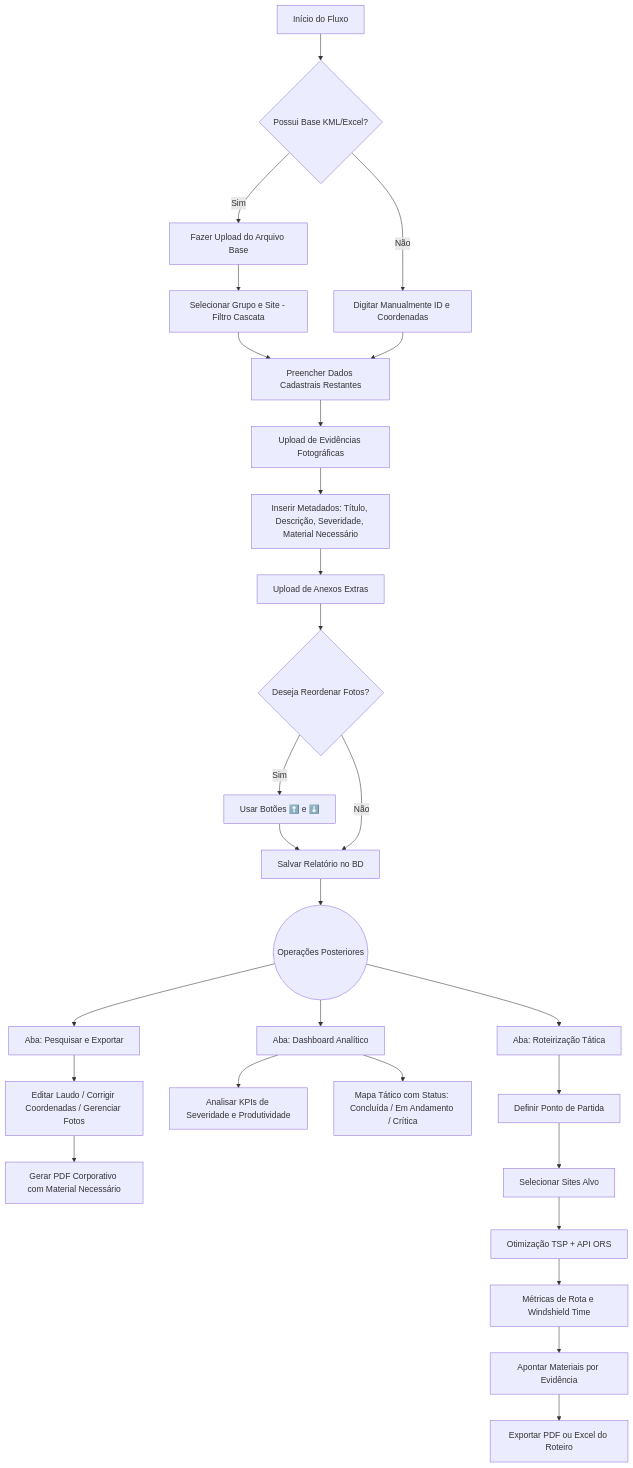
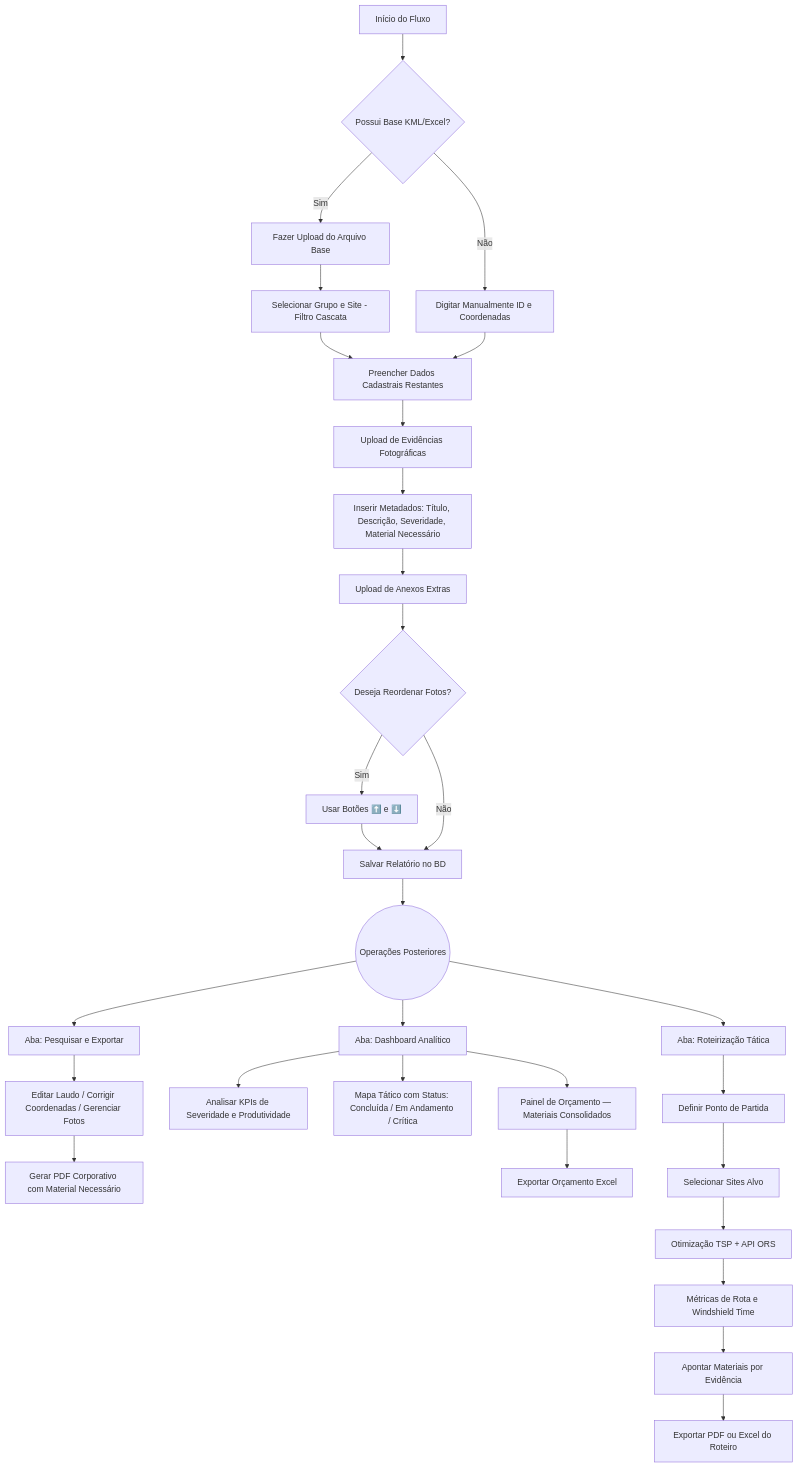
One commit to CLAUDEVANI/GIRCP changed the diagram in README.md. Above: the diagram before and after it, drawn with Mermaid. The commit also changed other lines of this file and 1 other file, not shown here.

Commit message:
feat: materiais estruturados por evidência, painel de orçamento no dashboard e tabela de materiais no PDF (v3.6.0)

````diff
--- a/README.md
+++ b/README.md
@@ -111,35 +140,37 @@
 ```mermaid
 graph TD
     A[Início do Fluxo] --> B{Possui Base KML/Excel?}
     B -- Sim --> C[Fazer Upload do Arquivo Base]
     C --> D[Selecionar Grupo e Site - Filtro Cascata]
     B -- Não --> E[Digitar Manualmente ID e Coordenadas]
     D --> F[Preencher Dados Cadastrais Restantes]
     E --> F
     F --> G[Upload de Evidências Fotográficas]
     G --> H[Inserir Metadados: Título, Descrição, Severidade, Material Necessário]
     H --> I[Upload de Anexos Extras]
     I --> J{Deseja Reordenar Fotos?}
     J -- Sim --> K[Usar Botões ⬆️ e ⬇️]
     K --> L[Salvar Relatório no BD]
     J -- Não --> L
 
     L --> M((Operações Posteriores))
 
     M --> N[Aba: Pesquisar e Exportar]
     M --> O[Aba: Dashboard Analítico]
     M --> U[Aba: Roteirização Tática]
 
     N --> P[Editar Laudo / Corrigir Coordenadas / Gerenciar Fotos]
     P --> Q[Gerar PDF Corporativo com Material Necessário]
 
     O --> R[Analisar KPIs de Severidade e Produtividade]
     O --> S[Mapa Tático com Status: Concluída / Em Andamento / Crítica]
+    O --> T[Painel de Orçamento — Materiais Consolidados]
+    T --> AB[Exportar Orçamento Excel]
 
     U --> V[Definir Ponto de Partida]
     V --> W[Selecionar Sites Alvo]
     W --> X[Otimização TSP + API ORS]
     X --> Y[Métricas de Rota e Windshield Time]
     Y --> Z[Apontar Materiais por Evidência]
     Z --> AA[Exportar PDF ou Excel do Roteiro]
 ```
````
